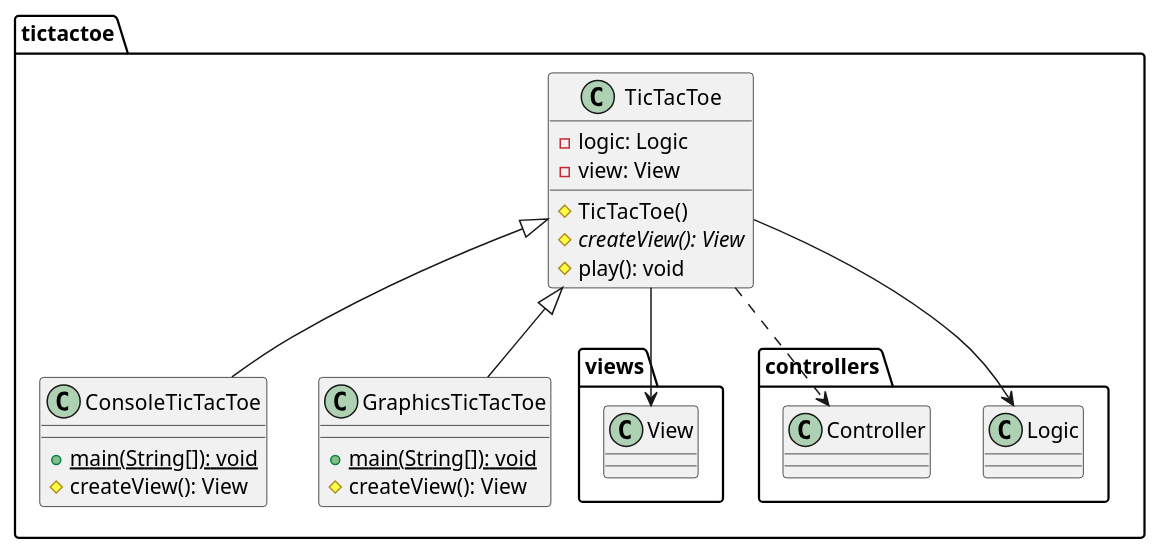
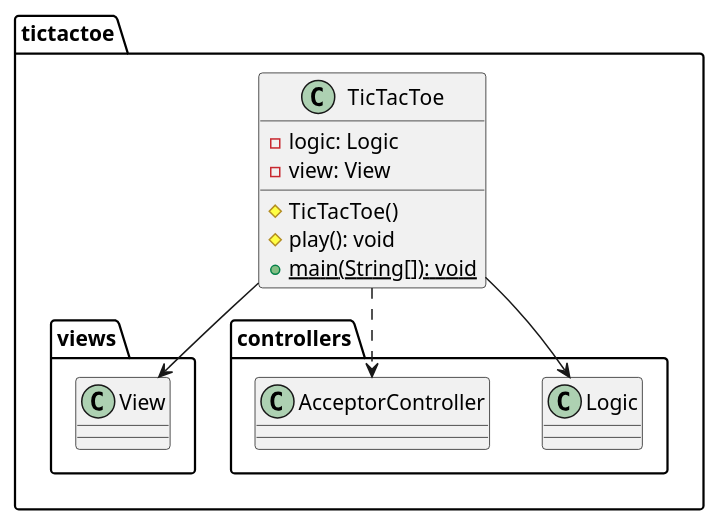
Before and after one commit to x-USantaTecla-game-ticTacToe/java: the second of 4 diagrams in docs/src/docs/asciidoc/index.adoc, drawn with PlantUML. The commit also changed other lines of this file and 95 other files, not shown here.

```diff
--- a/docs/src/docs/asciidoc/index.adoc
+++ b/docs/src/docs/asciidoc/index.adoc
@@ -87,27 +68,15 @@
-[plantuml,tictactoeVersion8,svg]
+[plantuml,tictactoeVersion9,svg]
 ....
-
-class  tictactoe.ConsoleTicTacToe{
-+ {static} main(String[]): void
-# createView(): View
-}
-tictactoe.TicTacToe <|-down- tictactoe.ConsoleTicTacToe
-
-class  tictactoe.GraphicsTicTacToe{
-+ {static} main(String[]): void
-# createView(): View
-}
-tictactoe.TicTacToe <|-down- tictactoe.GraphicsTicTacToe
 
 class  tictactoe.TicTacToe{
 - logic: Logic
 - view: View
 # TicTacToe()
-# {abstract} createView(): View
 # play(): void
++ {static} main(String[]): void
 }
 tictactoe.TicTacToe --> tictactoe.views.View
 tictactoe.TicTacToe --> tictactoe.controllers.Logic
-tictactoe.TicTacToe ..> tictactoe.controllers.Controller
+tictactoe.TicTacToe ..> tictactoe.controllers.AcceptorController
 
 ....
```
